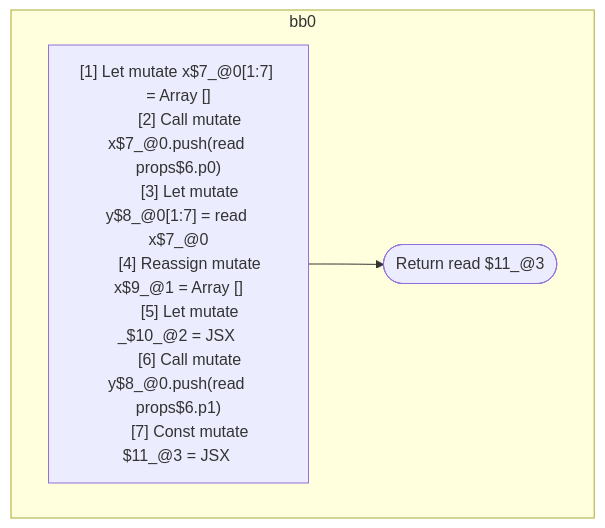
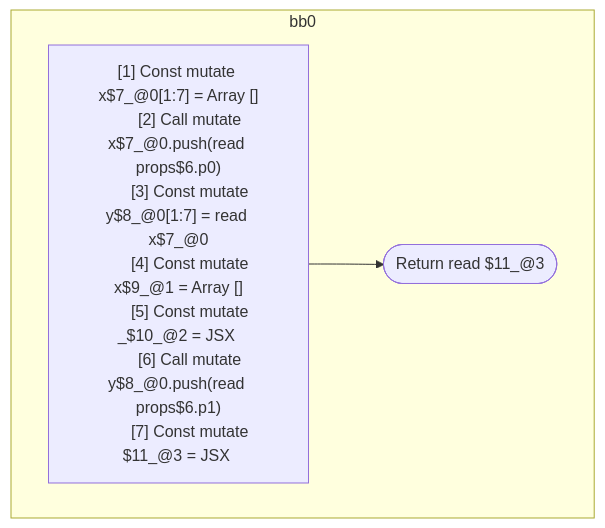
Before and after one commit to wutsmog/private: the diagram in compiler/forget/src/__tests__/fixtures/hir/reassignment.expect.md, drawn with Mermaid. The commit also changed other lines of this file and 61 other files, not shown here.

````diff
--- a/compiler/forget/src/__tests__/fixtures/hir/reassignment.expect.md
+++ b/compiler/forget/src/__tests__/fixtures/hir/reassignment.expect.md
@@ -46,19 +46,19 @@
 ```mermaid
 flowchart TB
   %% Basic Blocks
   subgraph bb0
     bb0_instrs["
-      [1] Let mutate x$7_@0[1:7] = Array []
+      [1] Const mutate x$7_@0[1:7] = Array []
       [2] Call mutate x$7_@0.push(read props$6.p0)
-      [3] Let mutate y$8_@0[1:7] = read x$7_@0
-      [4] Reassign mutate x$9_@1 = Array []
-      [5] Let mutate _$10_@2 = JSX <read Component$0 x={freeze x$9_@1} ></read Component$0>
+      [3] Const mutate y$8_@0[1:7] = read x$7_@0
+      [4] Const mutate x$9_@1 = Array []
+      [5] Const mutate _$10_@2 = JSX <read Component$0 x={freeze x$9_@1} ></read Component$0>
       [6] Call mutate y$8_@0.push(read props$6.p1)
       [7] Const mutate $11_@3 = JSX <read Component$0 x={read x$9_@1} y={freeze y$8_@0} ></read Component$0>
     "]
     bb0_instrs --> bb0_terminal(["Return read $11_@3"])
   end
 
   %% Jumps
   %% empty
 ```
````
